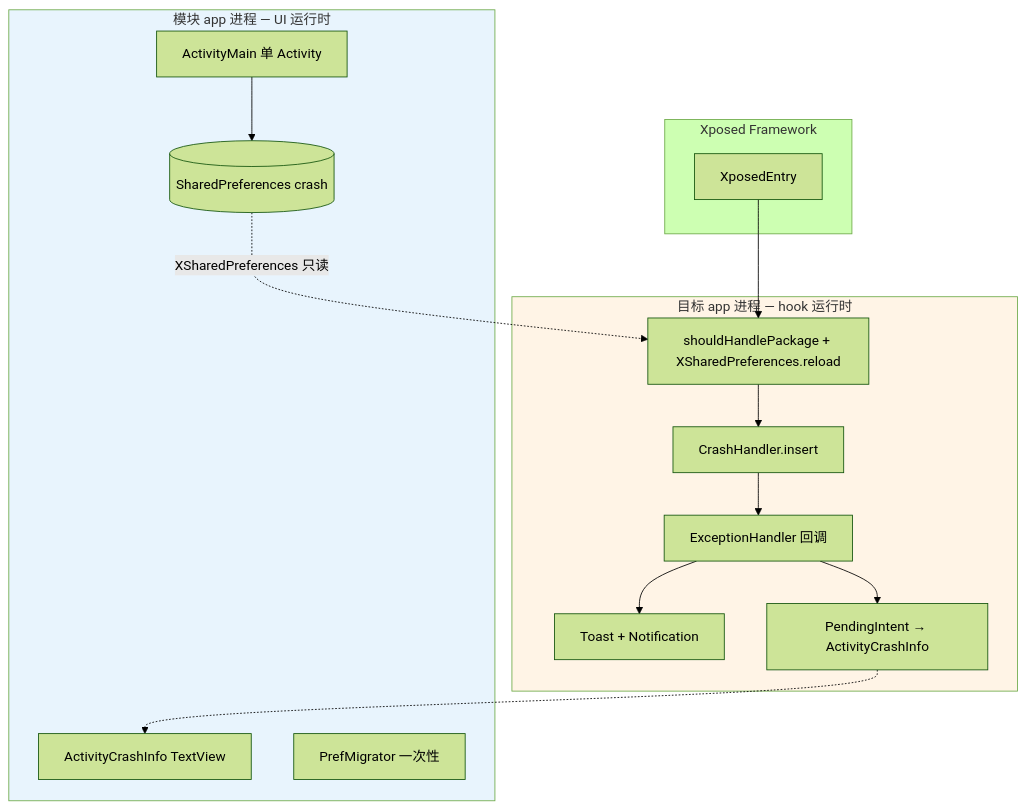
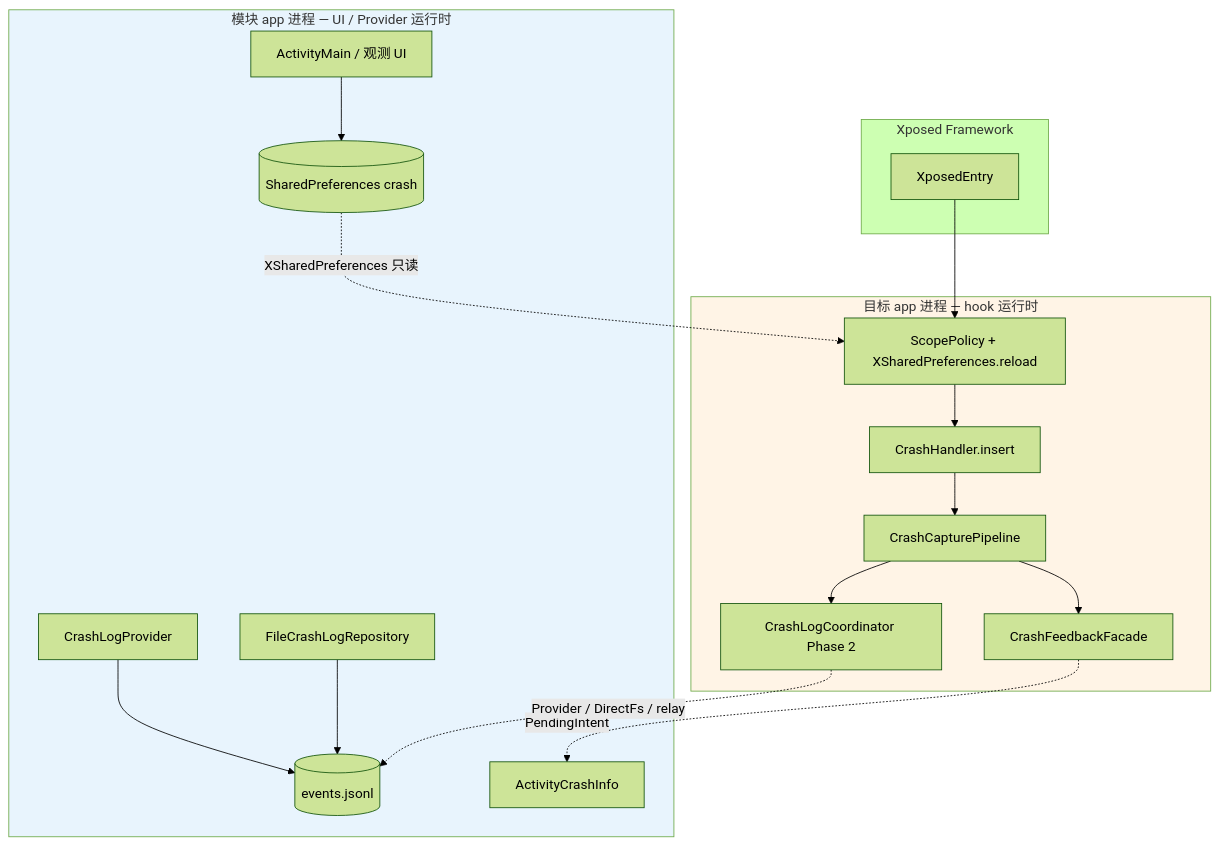
Before and after one commit to TIIEHenry/CrashCenter: the first of 3 diagrams in docs/architecture/architecture-optimization.md, drawn with Mermaid (forest theme). The commit also changed other lines of this file and 59 other files, not shown here.

First line of the commit message:
feat: Phase 4B-α multi-backend crash log, 4C-β detail sheet, capture pipeline

````diff
--- a/docs/architecture/architecture-optimization.md
+++ b/docs/architecture/architecture-optimization.md
@@ -28,32 +28,37 @@
 ```mermaid
 flowchart TB
     subgraph xposed [Xposed Framework]
         XE[XposedEntry]
     end
 
     subgraph target [目标 app 进程 — hook 运行时]
-        SH[shouldHandlePackage + XSharedPreferences.reload]
+        SP[ScopePolicy + XSharedPreferences.reload]
         CH[CrashHandler.insert]
-        CB[ExceptionHandler 回调]
-        TN[Toast + Notification]
-        ACI_INTENT[PendingIntent → ActivityCrashInfo]
-        XE --> SH --> CH
-        CH --> CB
-        CB --> TN
-        CB --> ACI_INTENT
+        CAP[CrashCapturePipeline]
+        COORD[CrashLogCoordinator Phase 2]
+        FB[CrashFeedbackFacade]
+        XE --> SP --> CH
+        CH --> CAP
+        CAP --> COORD
+        CAP --> FB
     end
 
-    subgraph module [模块 app 进程 — UI 运行时]
-        AM[ActivityMain 单 Activity]
-        ACI[ActivityCrashInfo TextView]
+    subgraph module [模块 app 进程 — UI / Provider 运行时]
+        AM[ActivityMain / 观测 UI]
+        CP[CrashLogProvider]
+        REPO[FileCrashLogRepository]
+        CANON[(events.jsonl)]
         PREFS[(SharedPreferences crash)]
-        PM[PrefMigrator 一次性]
+        ACI[ActivityCrashInfo]
         AM --> PREFS
-        ACI_INTENT -.-> ACI
+        CP --> CANON
+        REPO --> CANON
+        FB -.->|PendingIntent| ACI
     end
 
-    PREFS -.->|XSharedPreferences 只读| SH
+    PREFS -.->|XSharedPreferences 只读| SP
+    COORD -.->|Provider / DirectFs / relay| CANON
 
     style target fill:#fff4e6
     style module fill:#e8f4fd
 ```
````
